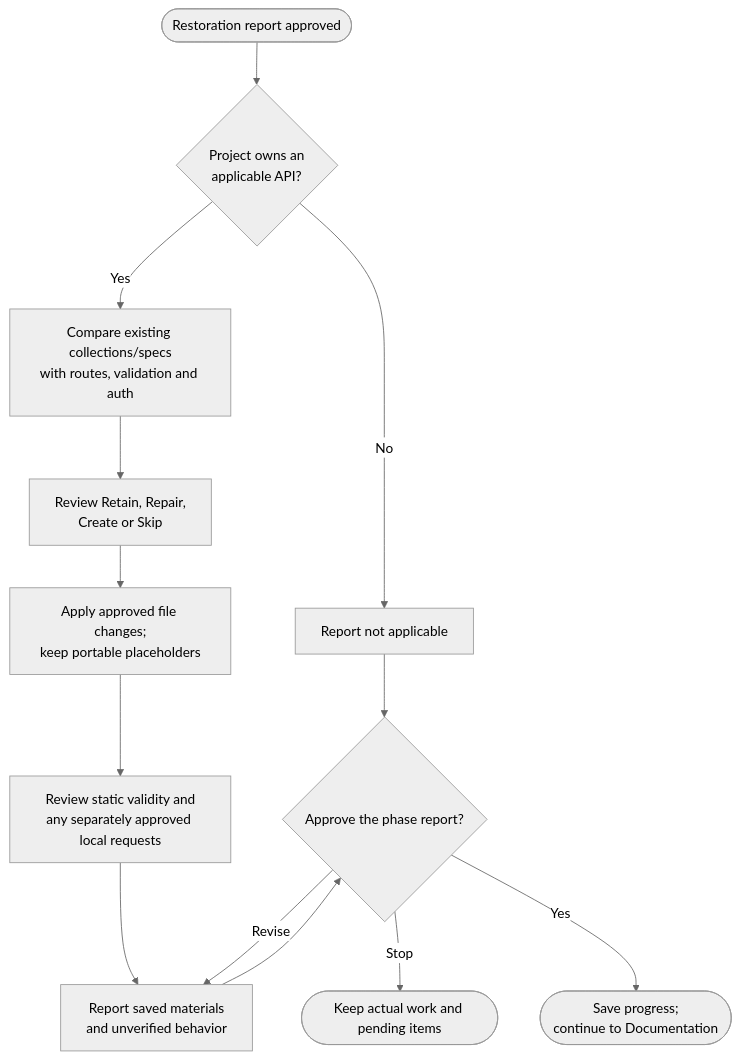
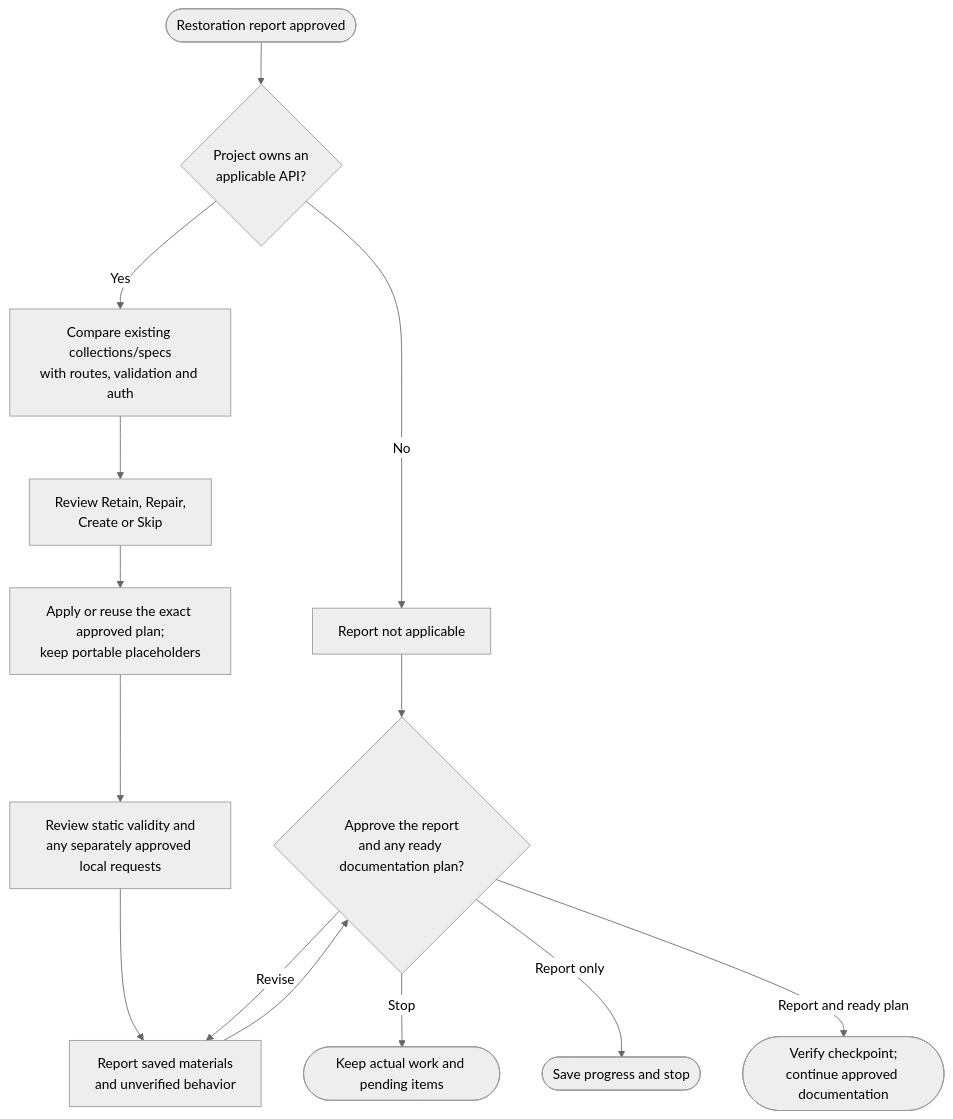
The diagram in docs/commands/archive/3-postman/detailed.md (myowinthein/agent-helm), drawn with Mermaid (neutral theme) before and after one commit. The commit also changed other lines of this file and 37 other files, not shown here.

````diff
--- a/docs/commands/archive/3-postman/detailed.md
+++ b/docs/commands/archive/3-postman/detailed.md
@@ -23,15 +23,16 @@
 ```mermaid
 flowchart TD
   Start(["Restoration report approved"]) --> API{"Project owns an<br/>applicable API?"}
   API -->|No| NA["Report not applicable"]
   API -->|Yes| Inspect["Compare existing collections/specs<br/>with routes, validation and auth"]
   Inspect --> Plan["Review Retain, Repair,<br/>Create or Skip"]
-  Plan --> Prepare["Apply approved file changes;<br/>keep portable placeholders"]
+  Plan --> Prepare["Apply or reuse the exact approved plan;<br/>keep portable placeholders"]
   Prepare --> Verify["Review static validity and<br/>any separately approved local requests"]
   Verify --> Report["Report saved materials<br/>and unverified behavior"]
-  NA --> Approval{"Approve the phase report?"}
+  NA --> Approval{"Approve the report<br/>and any ready documentation plan?"}
   Report --> Approval
   Approval -->|Revise| Report
   Approval -->|Stop| End(["Keep actual work and pending items"])
-  Approval -->|Yes| Next(["Save progress;<br/>continue to Documentation"])
+  Approval -->|Report only| Saved(["Save progress and stop"])
+  Approval -->|Report and ready plan| Next(["Verify checkpoint;<br/>continue approved documentation"])
 ```
````
